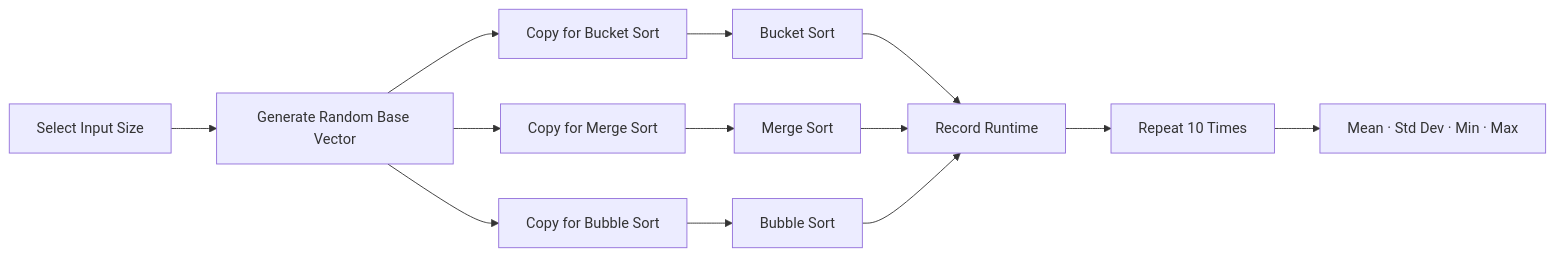
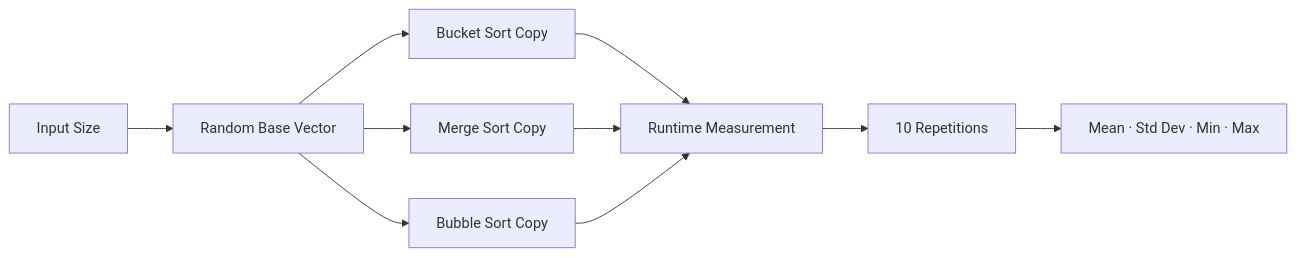
One commit to Dyogo199/sorting-algorithms-benchmark changed the diagram in README.md. Above: the diagram before and after it, drawn with Mermaid. The commit also changed other lines of this file, not shown here.

````diff
--- a/README.md
+++ b/README.md
@@ -62,15 +55,12 @@
 ```mermaid
 flowchart LR
-    Size[Select Input Size] --> Generate[Generate Random Base Vector]
-    Generate --> Copy1[Copy for Bucket Sort]
-    Generate --> Copy2[Copy for Merge Sort]
-    Generate --> Copy3[Copy for Bubble Sort]
-    Copy1 --> B[Bucket Sort]
-    Copy2 --> M[Merge Sort]
-    Copy3 --> BB[Bubble Sort]
-    B --> Time[Record Runtime]
+    Size[Input Size] --> Data[Random Base Vector]
+    Data --> B[Bucket Sort Copy]
+    Data --> M[Merge Sort Copy]
+    Data --> BB[Bubble Sort Copy]
+    B --> Time[Runtime Measurement]
     M --> Time
     BB --> Time
-    Time --> Repeat[Repeat 10 Times]
+    Time --> Repeat[10 Repetitions]
     Repeat --> Stats[Mean · Std Dev · Min · Max]
 ```
````
